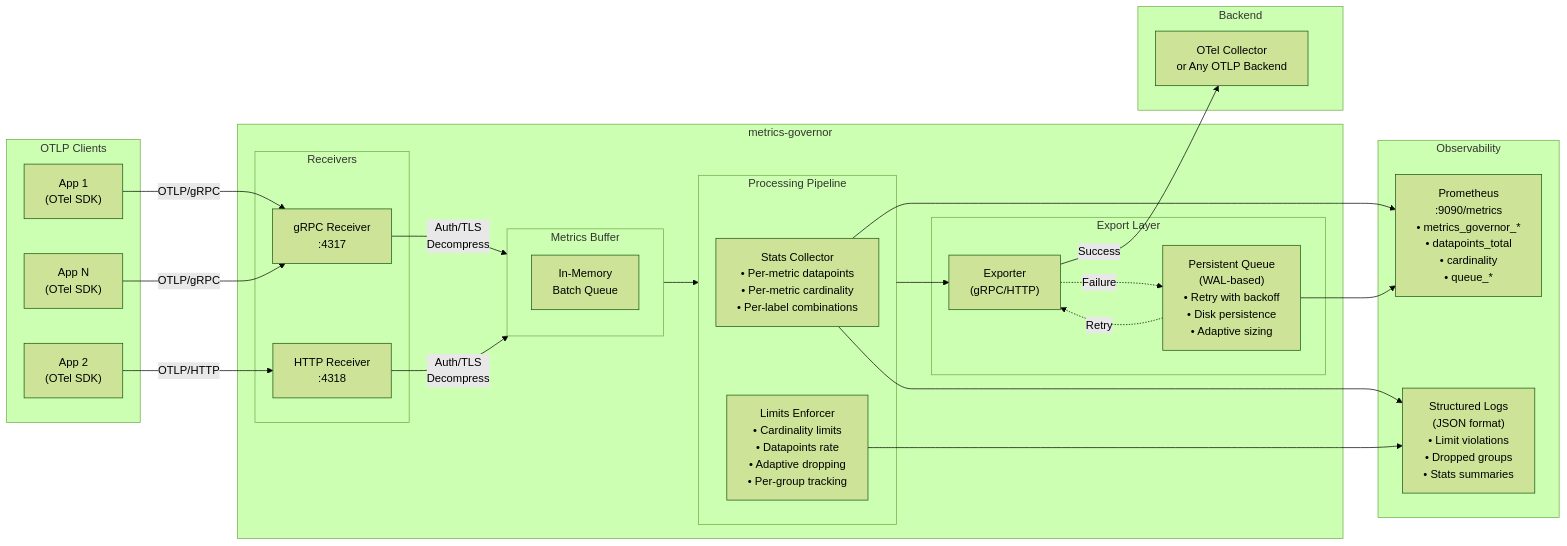
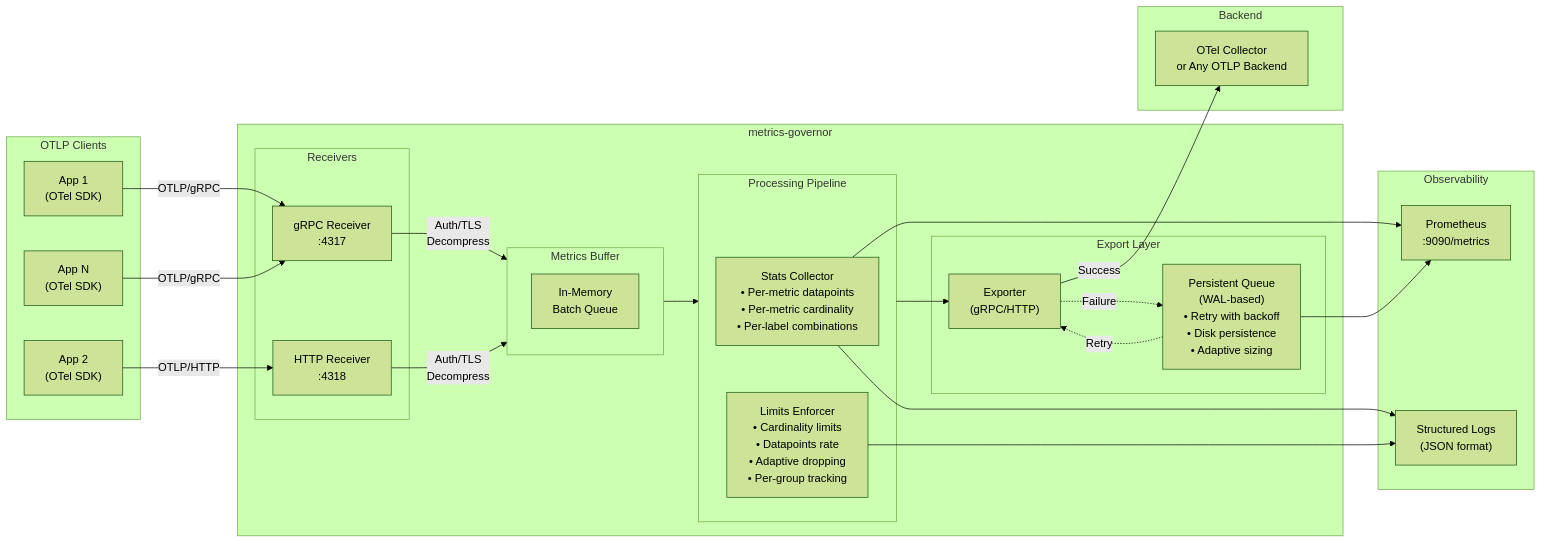
Before and after one commit to szibis/metrics-governor: the diagram in README.md, drawn with Mermaid (forest theme). The commit also changed other lines of this file and 12 other files, not shown here.

````diff
--- a/README.md
+++ b/README.md
@@ -46,55 +32,55 @@
 ```mermaid
 flowchart LR
     subgraph Clients["OTLP Clients"]
         App1["App 1<br/>(OTel SDK)"]
         App2["App 2<br/>(OTel SDK)"]
         AppN["App N<br/>(OTel SDK)"]
     end
 
     subgraph MG["metrics-governor"]
         subgraph Receivers["Receivers"]
             GRPC["gRPC Receiver<br/>:4317"]
             HTTP["HTTP Receiver<br/>:4318"]
         end
 
         subgraph Buffer["Metrics Buffer"]
             MemQueue["In-Memory<br/>Batch Queue"]
         end
 
         subgraph Pipeline["Processing Pipeline"]
             Stats["Stats Collector<br/>• Per-metric datapoints<br/>• Per-metric cardinality<br/>• Per-label combinations"]
             Limits["Limits Enforcer<br/>• Cardinality limits<br/>• Datapoints rate<br/>• Adaptive dropping<br/>• Per-group tracking"]
         end
 
         subgraph Export["Export Layer"]
             Exporter["Exporter<br/>(gRPC/HTTP)"]
             SendQueue["Persistent Queue<br/>(WAL-based)<br/>• Retry with backoff<br/>• Disk persistence<br/>• Adaptive sizing"]
         end
     end
 
     subgraph Backend["Backend"]
         OTel["OTel Collector<br/>or Any OTLP Backend"]
     end
 
     subgraph Observability["Observability"]
-        Prom["Prometheus<br/>:9090/metrics<br/>• metrics_governor_*<br/>• datapoints_total<br/>• cardinality<br/>• queue_*"]
-        Logs["Structured Logs<br/>(JSON format)<br/>• Limit violations<br/>• Dropped groups<br/>• Stats summaries"]
+        Prom["Prometheus<br/>:9090/metrics"]
+        Logs["Structured Logs<br/>(JSON format)"]
     end
 
     App1 -->|"OTLP/gRPC"| GRPC
     App2 -->|"OTLP/HTTP"| HTTP
     AppN -->|"OTLP/gRPC"| GRPC
 
     GRPC -->|"Auth/TLS<br/>Decompress"| Buffer
     HTTP -->|"Auth/TLS<br/>Decompress"| Buffer
 
     Buffer --> Pipeline
     Stats --> Prom
     Stats --> Logs
     Limits --> Logs
     Pipeline --> Exporter
     Exporter -->|"Success"| OTel
     Exporter -.->|"Failure"| SendQueue
     SendQueue -.->|"Retry"| Exporter
     SendQueue --> Prom
 ```
````
